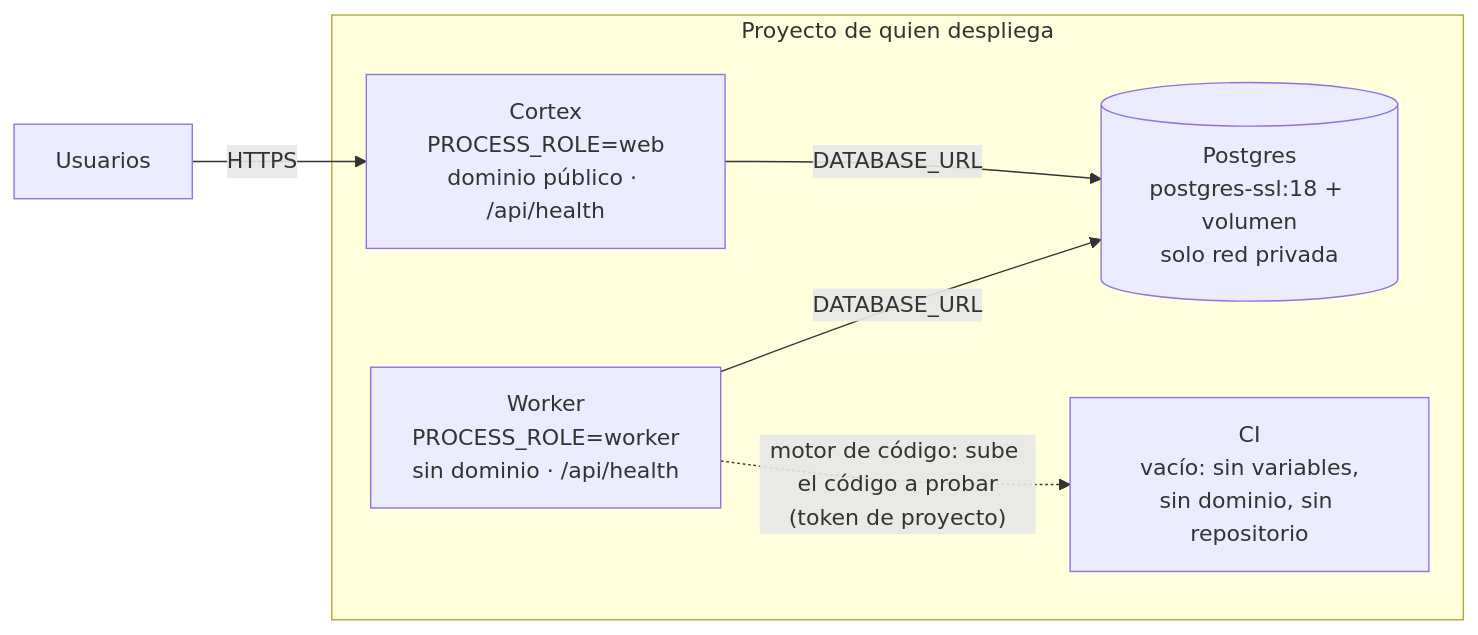
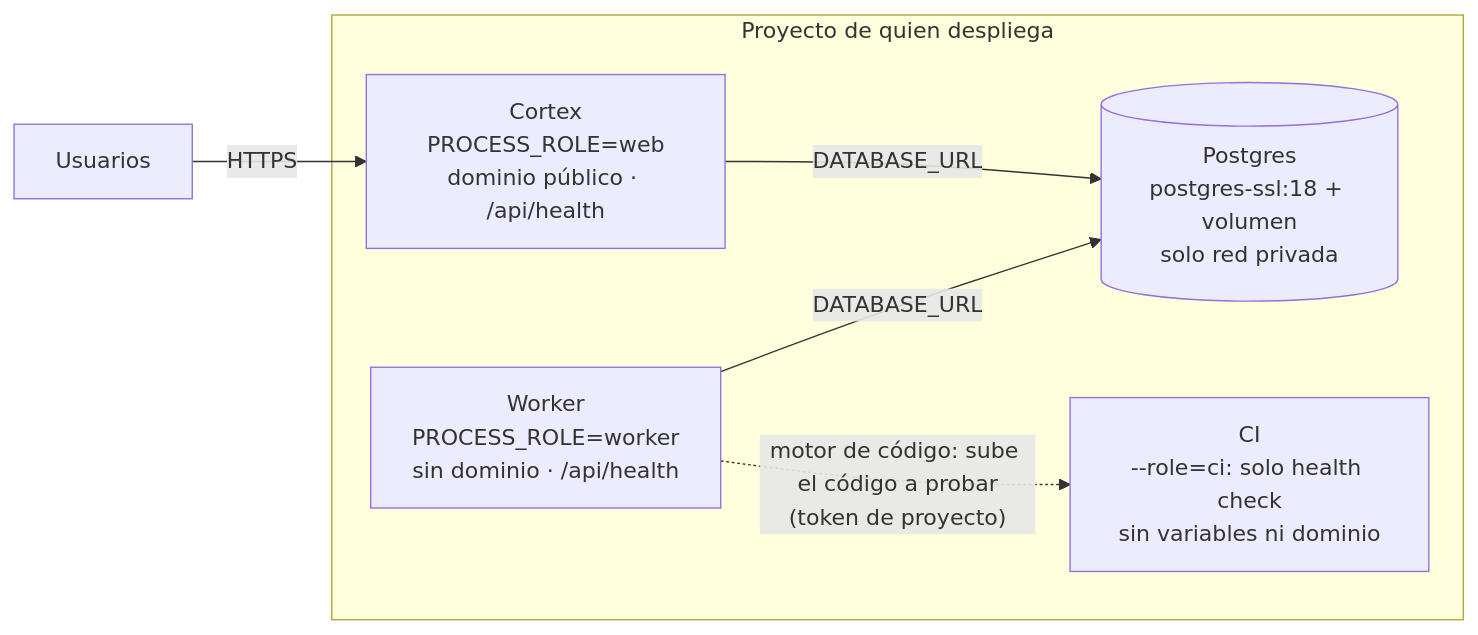
Before and after one commit to CortexVed/cortex-crm: the diagram in docs/RAILWAY_TEMPLATE.md, drawn with Mermaid. The commit also changed other lines of this file and 10 other files, not shown here.

````diff
--- a/docs/RAILWAY_TEMPLATE.md
+++ b/docs/RAILWAY_TEMPLATE.md
@@ -7,13 +7,13 @@
 ```mermaid
 flowchart LR
   U["Usuarios"] -->|"HTTPS"| C
   subgraph PRJ["Proyecto de quien despliega"]
     C["Cortex<br/>PROCESS_ROLE=web<br/>dominio público · /api/health"]
     W["Worker<br/>PROCESS_ROLE=worker<br/>sin dominio · /api/health"]
-    CI["CI<br/>vacío: sin variables,<br/>sin dominio, sin repositorio"]
+    CI["CI<br/>--role=ci: solo health check<br/>sin variables ni dominio"]
     P[("Postgres<br/>postgres-ssl:18 + volumen<br/>solo red privada")]
   end
   C -->|"DATABASE_URL"| P
   W -->|"DATABASE_URL"| P
   W -.->|"motor de código: sube el código a probar<br/>(token de proyecto)"| CI
 ```
````
